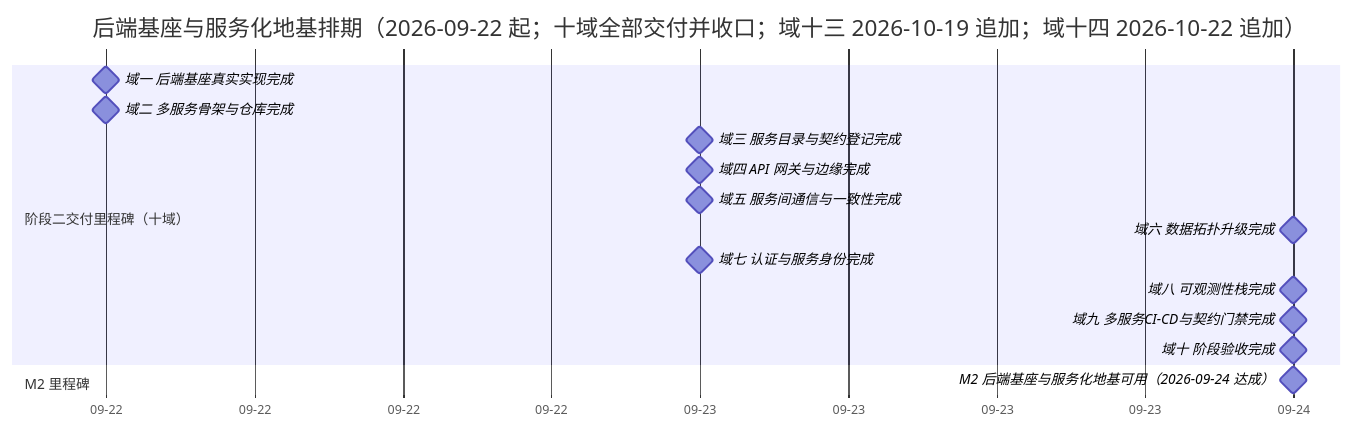
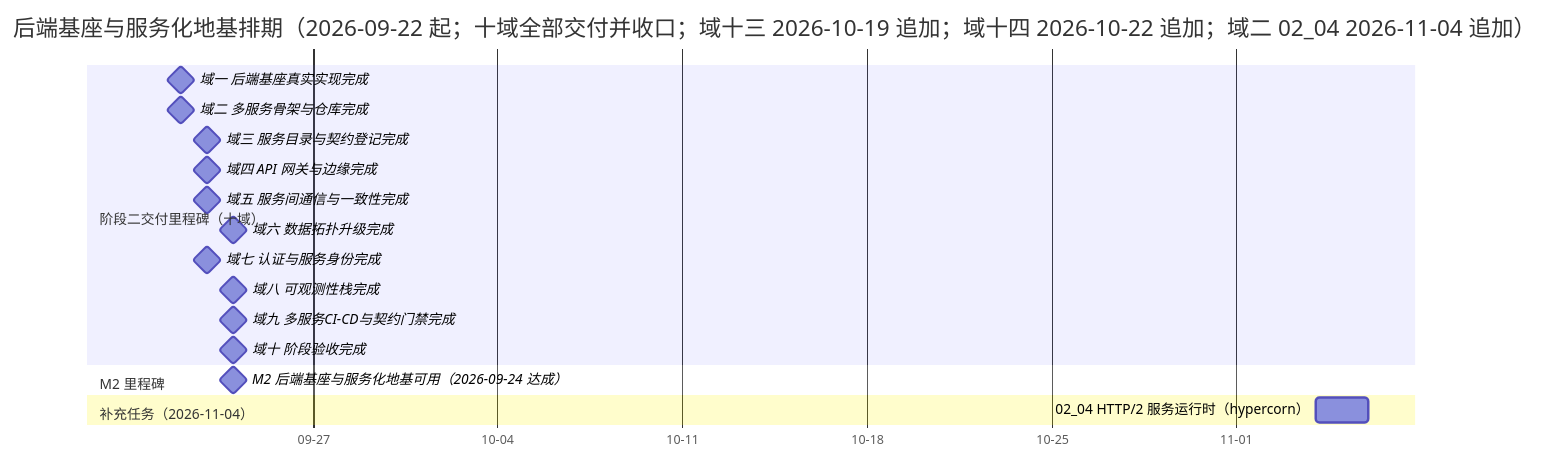
The diagram in bms文档/项目/02_后端基座与服务化地基/计划/01_计划_后端基座与服务化地基.md (minjian123/basic-management-system), drawn with Mermaid before and after one commit. The commit also changed other lines of this file and 4 other files, not shown here.

Commit message:
docs(后端基座): 补充 HTTP/2 服务运行时需求与任务（hypercorn）

````diff
--- a/bms文档/项目/02_后端基座与服务化地基/计划/01_计划_后端基座与服务化地基.md
+++ b/bms文档/项目/02_后端基座与服务化地基/计划/01_计划_后端基座与服务化地基.md
@@ -89,19 +90,21 @@
 ```mermaid
 gantt
-    title 后端基座与服务化地基排期（2026-09-22 起；十域全部交付并收口；域十三 2026-10-19 追加；域十四 2026-10-22 追加）
+    title 后端基座与服务化地基排期（2026-09-22 起；十域全部交付并收口；域十三 2026-10-19 追加；域十四 2026-10-22 追加；域二 02_04 2026-11-04 追加）
     dateFormat  YYYY-MM-DD
     axisFormat %m-%d
     section 阶段二交付里程碑（十域）
     域一 后端基座真实实现完成 :milestone, m01, 2026-09-22, 0d
     域二 多服务骨架与仓库完成 :milestone, m02, 2026-09-22, 0d
     域三 服务目录与契约登记完成 :milestone, m03, 2026-09-23, 0d
     域四 API 网关与边缘完成 :milestone, m04, 2026-09-23, 0d
     域五 服务间通信与一致性完成 :milestone, m05, 2026-09-23, 0d
     域六 数据拓扑升级完成 :milestone, m06, 2026-09-24, 0d
     域七 认证与服务身份完成 :milestone, m07, 2026-09-23, 0d
     域八 可观测性栈完成 :milestone, m08, 2026-09-24, 0d
     域九 多服务CI-CD与契约门禁完成 :milestone, m09, 2026-09-24, 0d
     域十 阶段验收完成 :milestone, m10, 2026-09-24, 0d
     section M2 里程碑
     M2 后端基座与服务化地基可用（2026-09-24 达成） :milestone, mm2, 2026-09-24, 0d
+    section 补充任务（2026-11-04）
+    02_04 HTTP/2 服务运行时（hypercorn） :t0204, 2026-11-04, 2d
 ```
````
